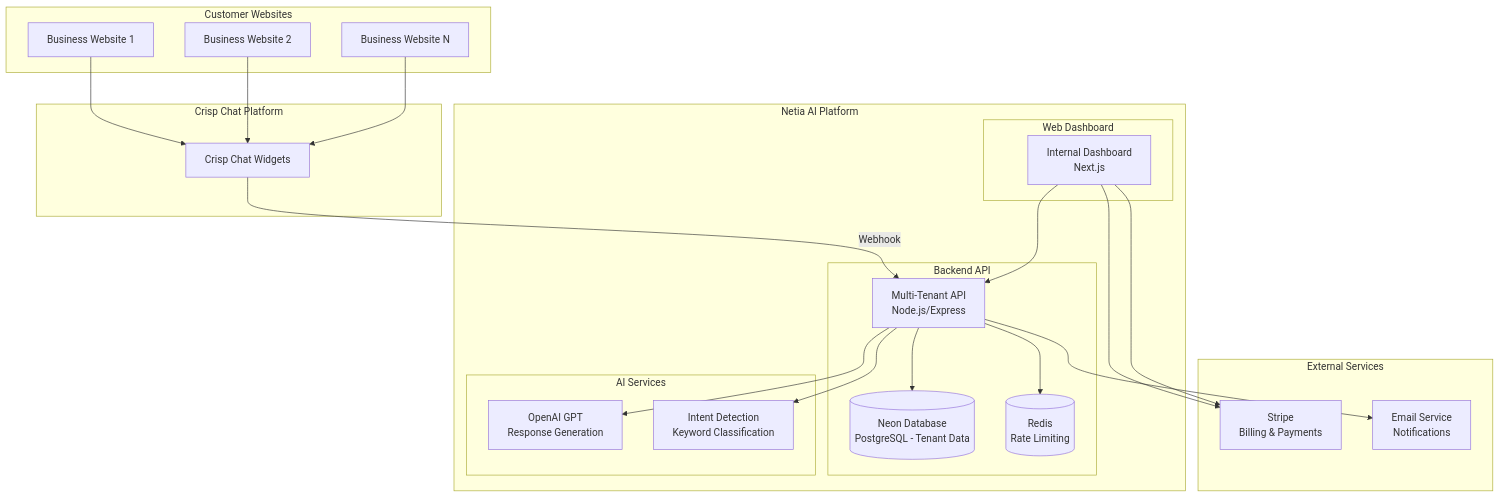
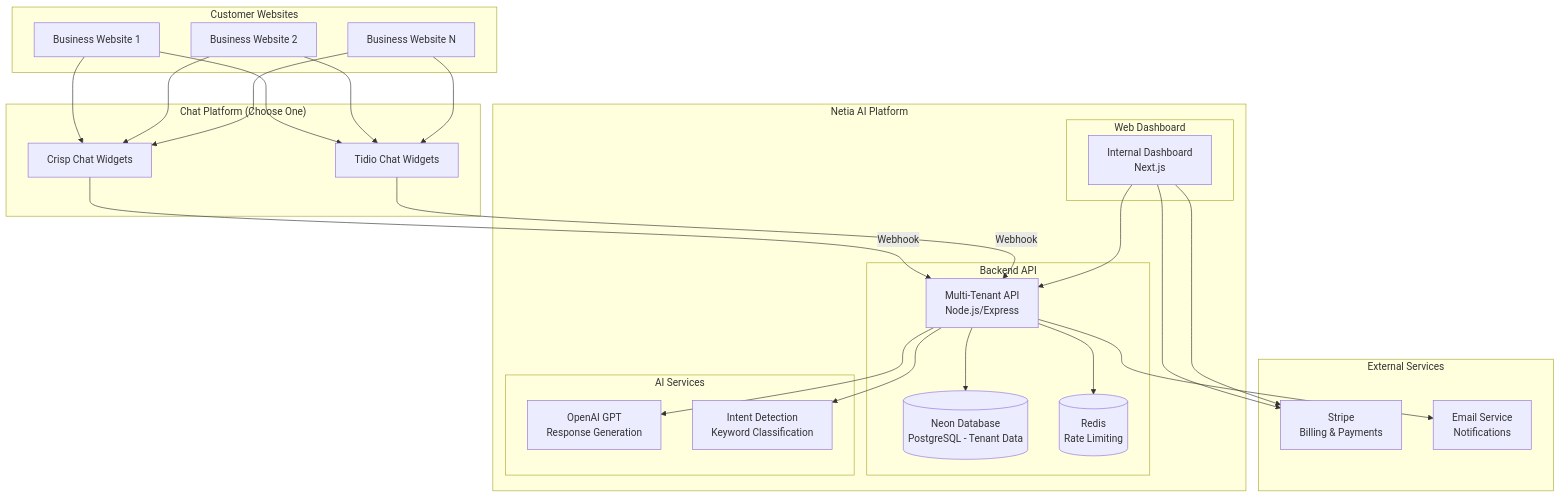
The diagram in docs/system-architecture.md (cabecaturbo/Ai-Chatbot-v1), drawn with Mermaid before and after one commit. The commit also changed other lines of this file and 57 other files, not shown here.

````diff
--- a/docs/system-architecture.md
+++ b/docs/system-architecture.md
@@ -9,56 +9,61 @@
 ```mermaid
 graph TB
     subgraph "Customer Websites"
         Website1[Business Website 1]
         Website2[Business Website 2]
         WebsiteN[Business Website N]
     end
     
-    subgraph "Crisp Chat Platform"
+    subgraph "Chat Platform (Choose One)"
         Crisp[Crisp Chat Widgets]
+        Tidio[Tidio Chat Widgets]
     end
     
     subgraph "Netia AI Platform"
         subgraph "Backend API"
             API[Multi-Tenant API<br/>Node.js/Express]
             DB[(Neon Database<br/>PostgreSQL - Tenant Data)]
             Redis[(Redis<br/>Rate Limiting)]
         end
         
         subgraph "Web Dashboard"
             Web[Internal Dashboard<br/>Next.js]
         end
         
         subgraph "AI Services"
             OpenAI[OpenAI GPT<br/>Response Generation]
             Intent[Intent Detection<br/>Keyword Classification]
         end
     end
     
     subgraph "External Services"
         Stripe[Stripe<br/>Billing & Payments]
         Email[Email Service<br/>Notifications]
     end
     
     %% Customer website interactions
     Website1 --> Crisp
+    Website1 --> Tidio
     Website2 --> Crisp
+    Website2 --> Tidio
     WebsiteN --> Crisp
+    WebsiteN --> Tidio
     
-    %% Crisp to API
+    %% Chat platform to API
     Crisp -->|Webhook| API
+    Tidio -->|Webhook| API
     
     %% API internal connections
     API --> DB
     API --> Redis
     API --> OpenAI
     API --> Intent
     
     %% Web dashboard connections
     Web --> API
     Web --> Stripe
     
     %% External service connections
     API --> Email
     Web --> Stripe
 ```
````
